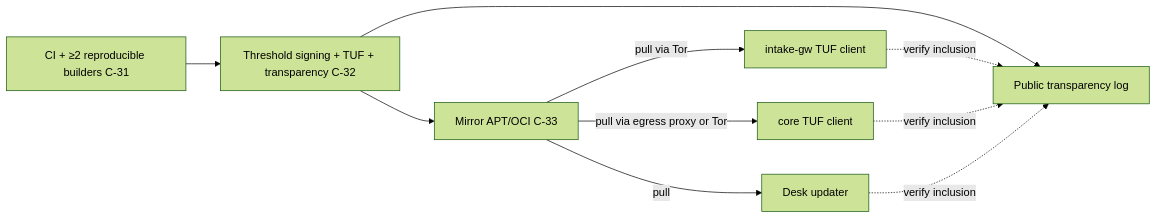
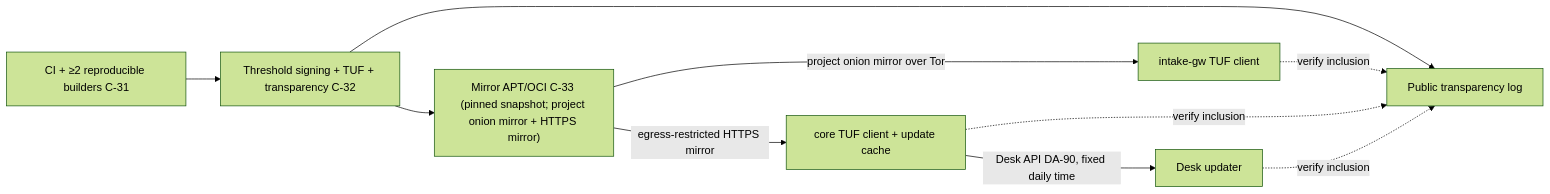
One commit to djshellshoxxx/leaks changed the fifth of 12 diagrams in specs/06-SYSTEM-ARCHITECTURE.md. Above: the diagram before and after it, drawn with Mermaid (forest theme). The commit also changed other lines of this file and 15 other files, not shown here.

````diff
--- a/specs/06-SYSTEM-ARCHITECTURE.md
+++ b/specs/06-SYSTEM-ARCHITECTURE.md
@@ -320,12 +340,12 @@
 ```mermaid
 flowchart LR
   C31["CI + ≥2 reproducible builders C-31"] --> C32["Threshold signing + TUF + transparency C-32"]
-  C32 --> C33["Mirror APT/OCI C-33"]
-  C33 -->|"pull via Tor"| IG["intake-gw TUF client"]
-  C33 -->|"pull via egress proxy or Tor"| CO["core TUF client"]
-  C33 -->|"pull"| DK["Desk updater"]
+  C32 --> C33["Mirror APT/OCI C-33 (pinned snapshot; project onion mirror + HTTPS mirror)"]
+  C33 -->|"project onion mirror over Tor"| IG["intake-gw TUF client"]
+  C33 -->|"egress-restricted HTTPS mirror"| CO["core TUF client + update cache"]
+  CO -->|"Desk API DA-90, fixed daily time"| DK["Desk updater"]
   C32 --> TL["Public transparency log"]
   IG -.->|"verify inclusion"| TL
   CO -.->|"verify inclusion"| TL
   DK -.->|"verify inclusion"| TL
 ```
````
